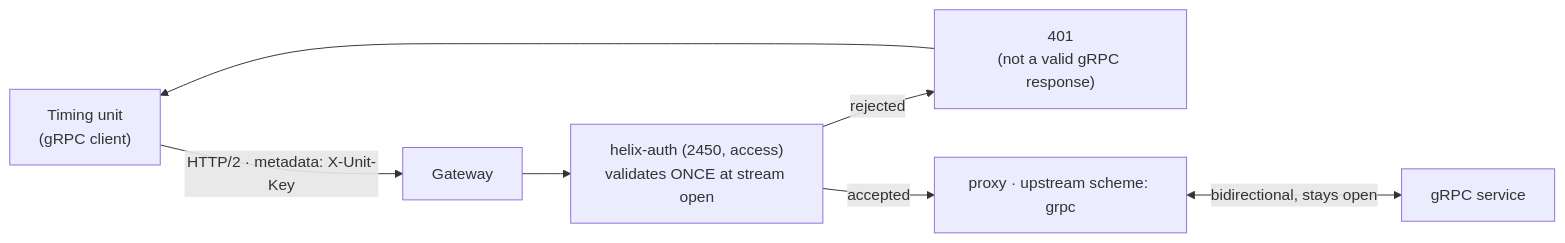
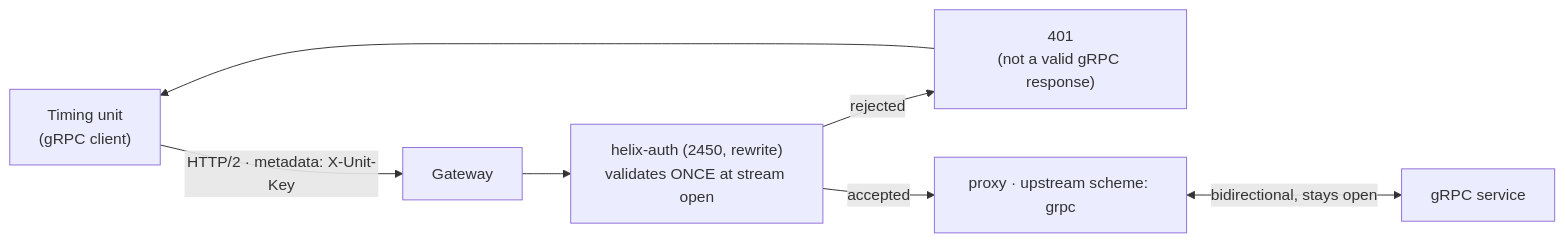
One commit to digitalapicraft/api-gateway-solutions changed the diagram in solutions/15-grpc-proxy/architecture.md. Above: the diagram before and after it, drawn with Mermaid. The commit also changed other lines of this file and 27 other files, not shown here.

````diff
--- a/solutions/15-grpc-proxy/architecture.md
+++ b/solutions/15-grpc-proxy/architecture.md
@@ -30,9 +30,9 @@
 ```mermaid
 flowchart LR
   U["Timing unit<br/>(gRPC client)"] -->|"HTTP/2 · metadata: X-Unit-Key"| G[Gateway]
-  G --> A["helix-auth (2450, access)<br/>validates ONCE at stream open"]
+  G --> A["helix-auth (2450, rewrite)<br/>validates ONCE at stream open"]
   A -->|rejected| R["401<br/>(not a valid gRPC response)"]
   A -->|accepted| P["proxy · upstream scheme: grpc"]
   P <-->|"bidirectional, stays open"| B["gRPC service"]
   R --> U
 ```
````
